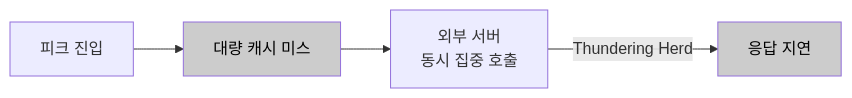
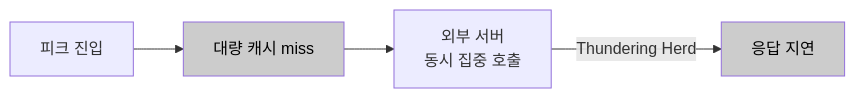
One commit to sujinnkim/A_Personal changed the first of 3 diagrams in docs/04-architecture-analysis/3.2-problem-analysis-and-strategy/AS-06-예약기반피크자원선제초기화.md. Above: the diagram before and after it, drawn with Mermaid. The commit also changed other lines of this file and 10 other files, not shown here.

````diff
--- a/docs/04-architecture-analysis/3.2-problem-analysis-and-strategy/AS-06-예약기반피크자원선제초기화.md
+++ b/docs/04-architecture-analysis/3.2-problem-analysis-and-strategy/AS-06-예약기반피크자원선제초기화.md
@@ -32,8 +32,8 @@
 ```mermaid
 flowchart LR
-    PEAK["피크 진입"] --> MISS["대량 캐시 미스"]
+    PEAK["피크 진입"] --> MISS["대량 캐시 miss"]
     MISS --> EXT["외부 서버\n동시 집중 호출"]
     EXT -->|"Thundering Herd"| SLOW["응답 지연"]
     style MISS fill:#cccccc,color:#000
     style SLOW fill:#cccccc,color:#000
 ```
````
